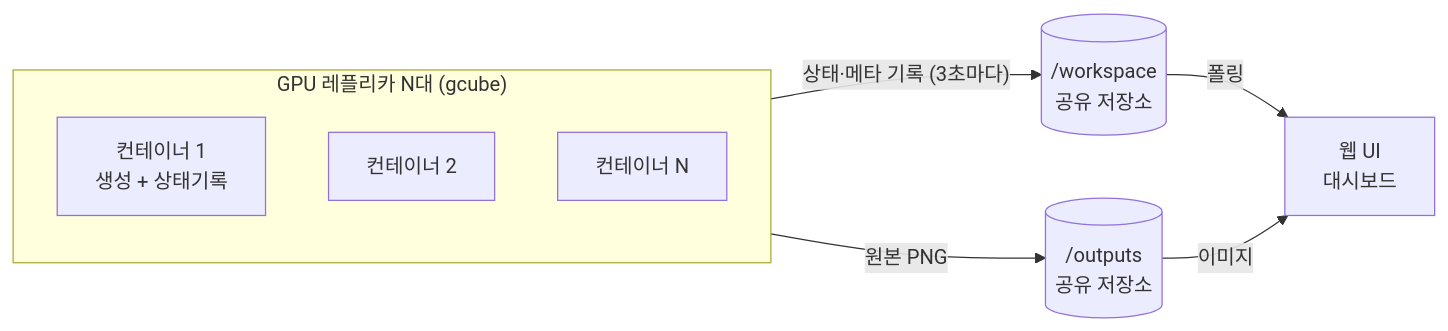
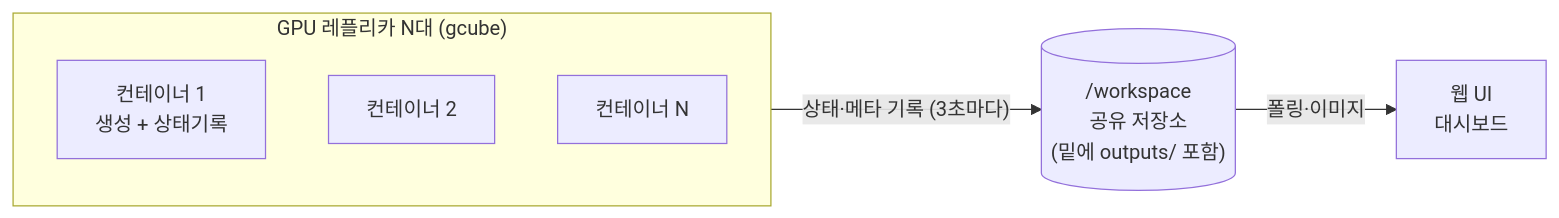
The diagram in README.md (chaeyoon-08/zimage-auto-light), drawn with Mermaid before and after one commit. The commit also changed other lines of this file and 4 other files, not shown here.

````diff
--- a/README.md
+++ b/README.md
@@ -33,12 +33,10 @@
 ```mermaid
 flowchart LR
   subgraph REP["GPU 레플리카 N대 (gcube)"]
     R1["컨테이너 1<br/>생성 + 상태기록"]
     R2["컨테이너 2"]
     RN["컨테이너 N"]
   end
-  REP -->|"상태·메타 기록 (3초마다)"| WS[("/workspace<br/>공유 저장소")]
-  REP -->|"원본 PNG"| OUT[("/outputs<br/>공유 저장소")]
-  WS -->|"폴링"| UI["웹 UI<br/>대시보드"]
-  OUT -->|"이미지"| UI
+  REP -->|"상태·메타 기록 (3초마다)"| WS[("/workspace<br/>공유 저장소<br/>(밑에 outputs/ 포함)")]
+  WS -->|"폴링·이미지"| UI["웹 UI<br/>대시보드"]
 ```
````
